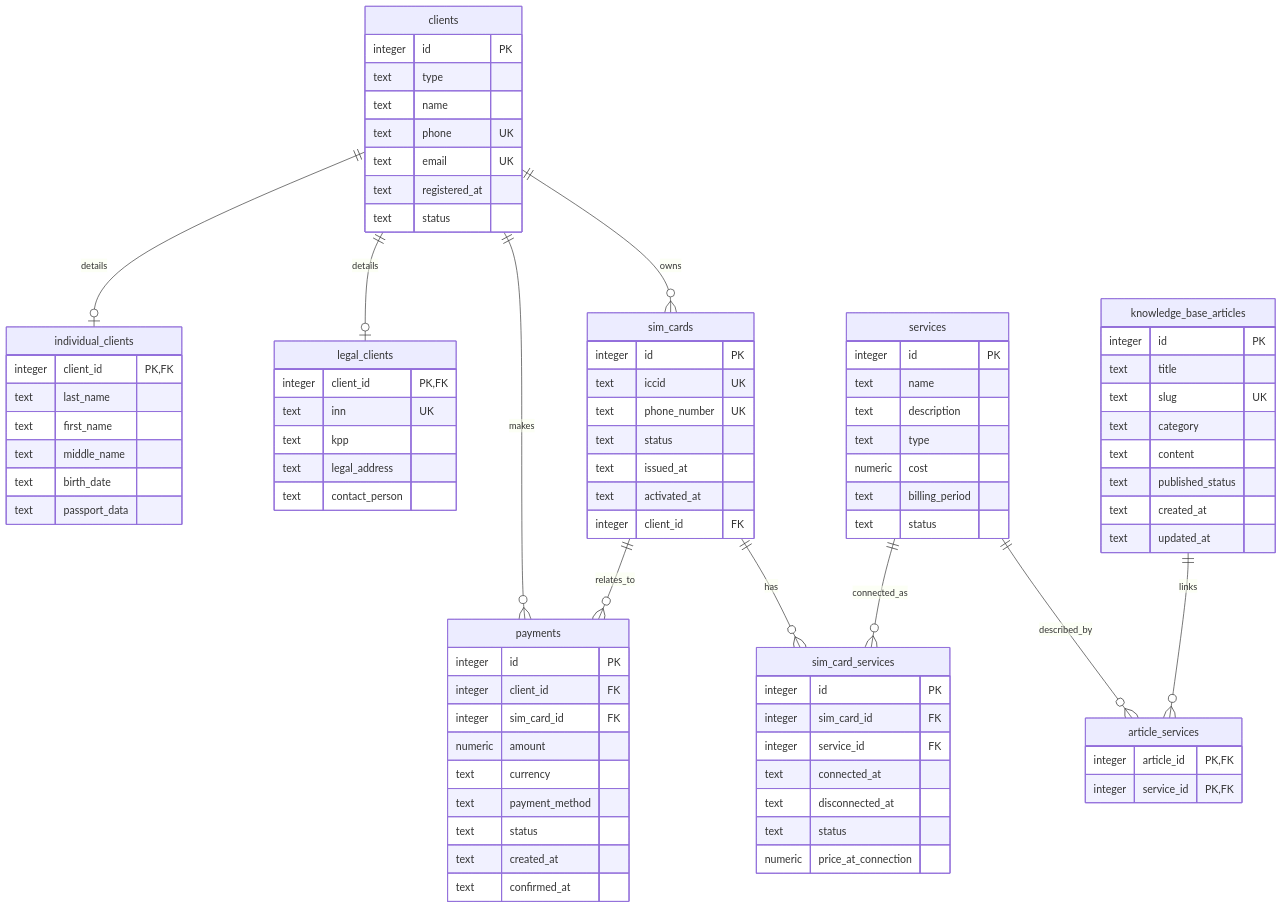
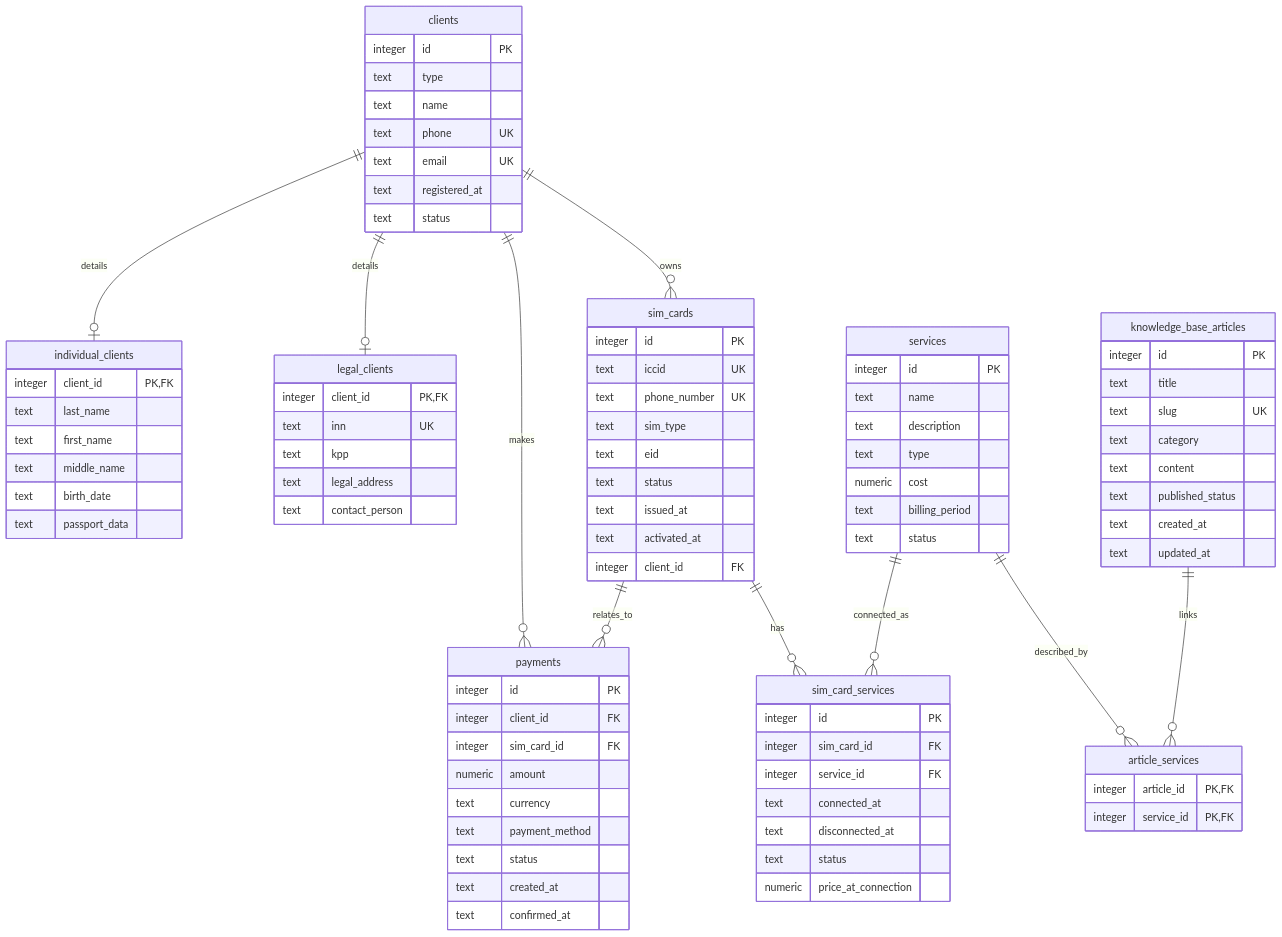
The diagram in project/docs/erd.md (Ceebot/deepcoding-guides), drawn with Mermaid before and after one commit. The commit also changed 23 other files, not shown here.

```diff
--- a/project/docs/erd.md
+++ b/project/docs/erd.md
@@ -43,6 +43,8 @@
         integer id PK
         text iccid UK
         text phone_number UK
+        text sim_type
+        text eid
         text status
         text issued_at
         text activated_at
```
